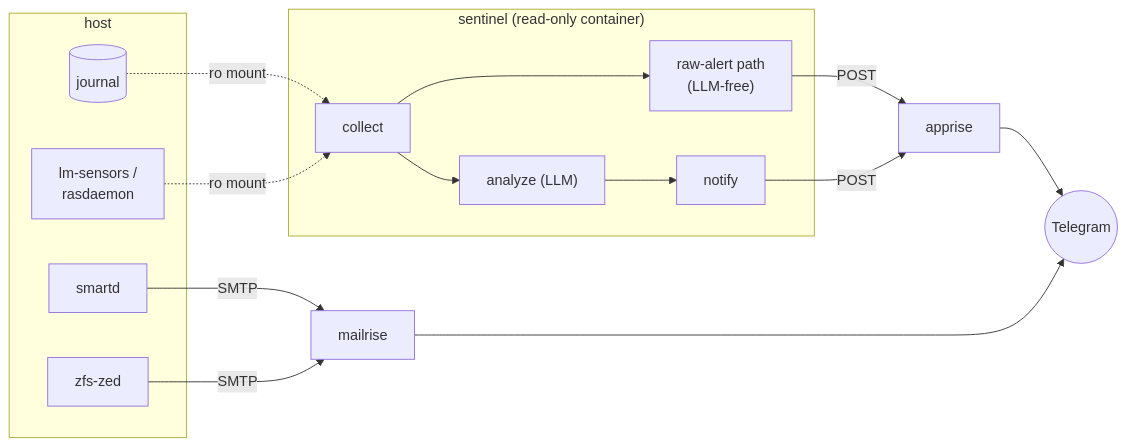
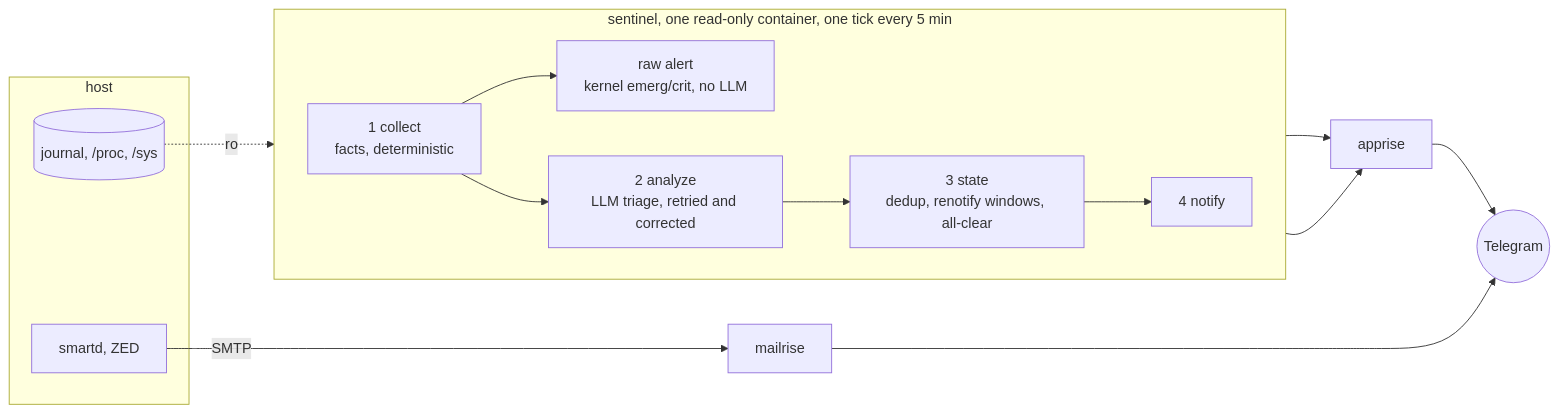
The diagram in README.md (thiscantbeserious/agentic-server-supervisor), drawn with Mermaid before and after one commit. The commit also changed other lines of this file and 1 other file, not shown here.

Commit message:
Show the state step in the README diagram; keep step boxes to names
The README pipeline went collect, analyze, notify: the state step that
holds every dedup, renotify and all-clear rule was missing. It now
shows the four steps with one short label each and names the two
paths that reach Telegram without the LLM. ARCHITECTURE.md's step
boxes had grown into paragraphs; the analyze detail moves into the
prose under the diagram, and the rules stay in the contracts.

````diff
--- a/README.md
+++ b/README.md
@@ -85,31 +85,29 @@
 ```mermaid
 flowchart LR
     subgraph host["host"]
-        journal[("journal")]
-        smartd["smartd"]
-        zed["zfs-zed"]
-        sensors["lm-sensors /\nrasdaemon"]
+        journal[("journal, /proc, /sys")]
+        smartd["smartd, ZED"]
     end
 
-    subgraph supervisor["sentinel (read-only container)"]
-        collect["collect"]
-        raw["raw-alert path\n(LLM-free)"]
-        analyze["analyze (LLM)"]
-        notify["notify"]
+    subgraph sentinel["sentinel, one read-only container, one tick every 5 min"]
+        direction LR
+        collect["1 collect<br/>facts, deterministic"]
+        raw["raw alert<br/>kernel emerg/crit, no LLM"]
+        analyze["2 analyze<br/>LLM triage, retried and corrected"]
+        state["3 state<br/>dedup, renotify windows, all-clear"]
+        notify["4 notify"]
         collect --> raw
-        collect --> analyze --> notify
+        collect --> analyze --> state --> notify
     end
 
     apprise["apprise"]
     mailrise["mailrise"]
     tg(("Telegram"))
 
-    journal -.ro mount.-> collect
-    sensors -.ro mount.-> collect
-    raw -- POST --> apprise
-    notify -- POST --> apprise
+    journal -. ro .-> collect
+    raw --> apprise
+    notify --> apprise
     smartd -- SMTP --> mailrise
-    zed -- SMTP --> mailrise
     apprise --> tg
     mailrise --> tg
 ```
````
